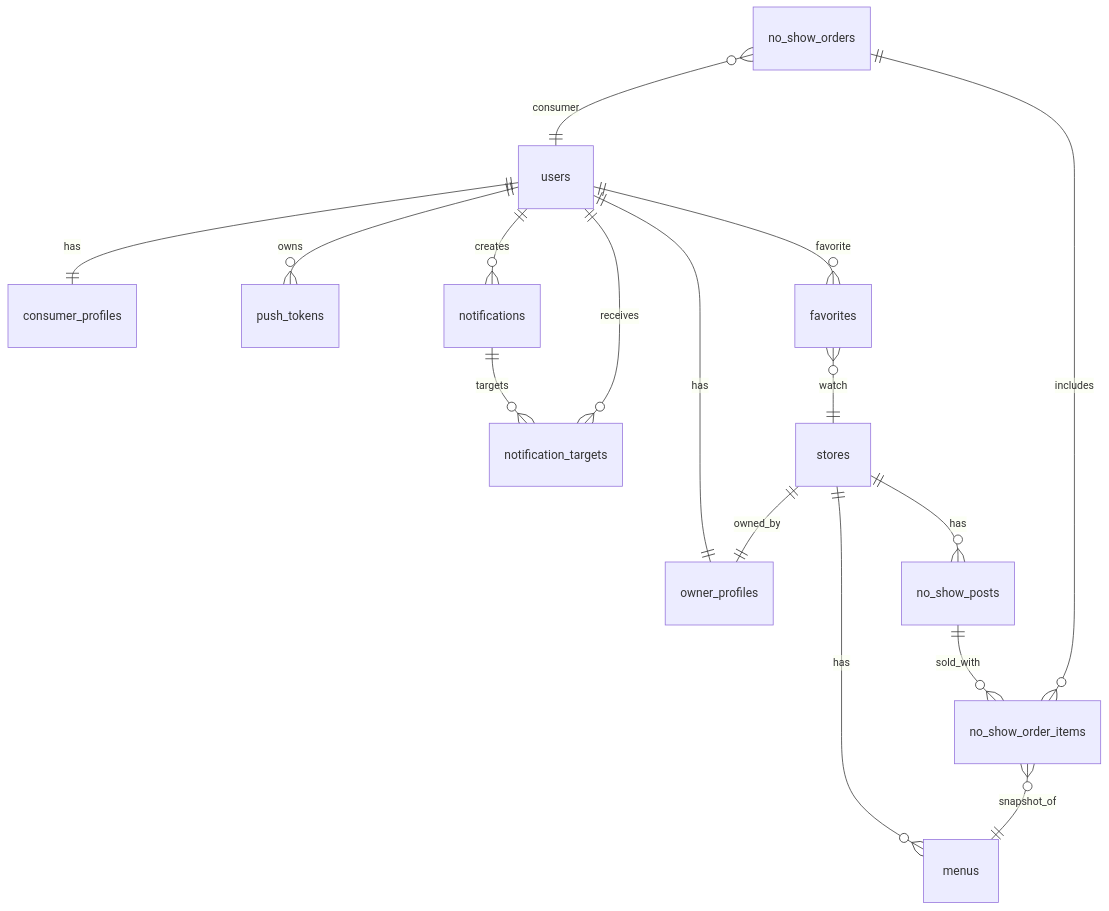
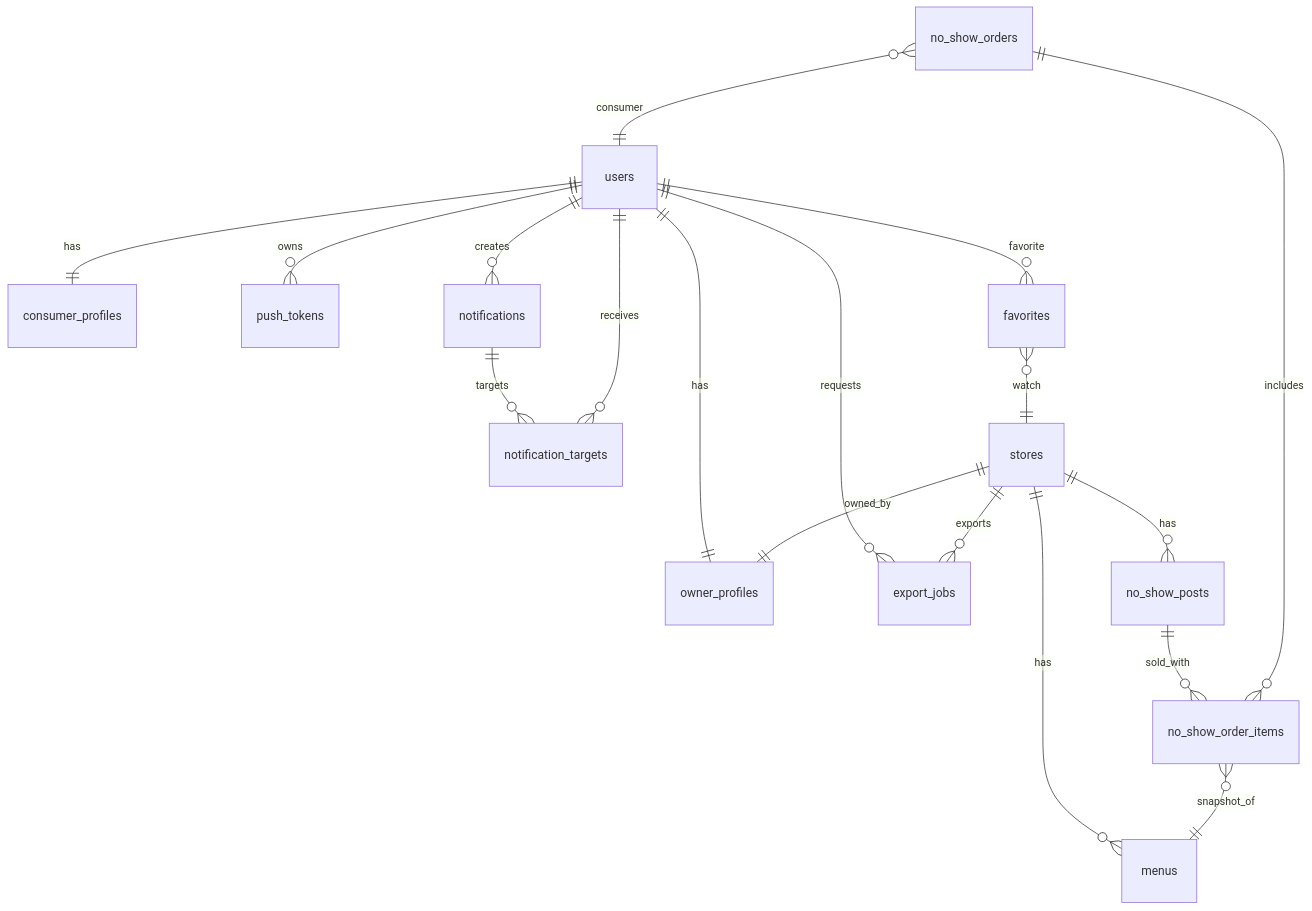
Before and after one commit to goorm-ynot/dandi-onna-be: the diagram in doc/database.md, drawn with Mermaid. The commit also changed other lines of this file and 20 other files, not shown here.

````diff
--- a/doc/database.md
+++ b/doc/database.md
@@ -19,20 +20,22 @@
 ```mermaid
 erDiagram
   users ||--|| owner_profiles : has
   users ||--|| consumer_profiles : has
   users ||--o{ push_tokens : owns
   users ||--o{ favorites : favorite
   users ||--o{ notifications : creates
   notifications ||--o{ notification_targets : targets
   users ||--o{ notification_targets : receives
+  users ||--o{ export_jobs : requests
+  stores ||--o{ export_jobs : exports
 
   stores ||--|| owner_profiles : owned_by
   stores ||--o{ menus : has
   stores ||--o{ no_show_posts : has
 
   no_show_posts ||--o{ no_show_order_items : sold_with
   no_show_orders ||--o{ no_show_order_items : includes
   no_show_orders }o--|| users : consumer
   favorites }o--|| stores : watch
   no_show_order_items }o--|| menus : snapshot_of
 ```
````
